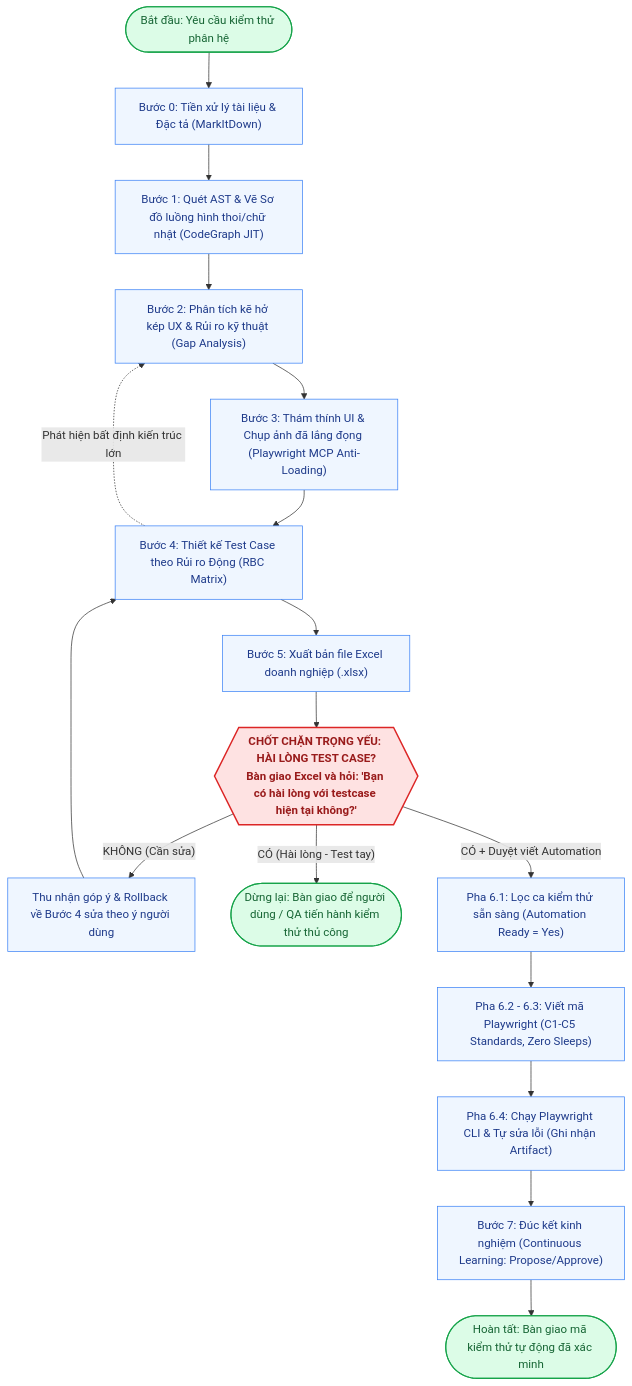
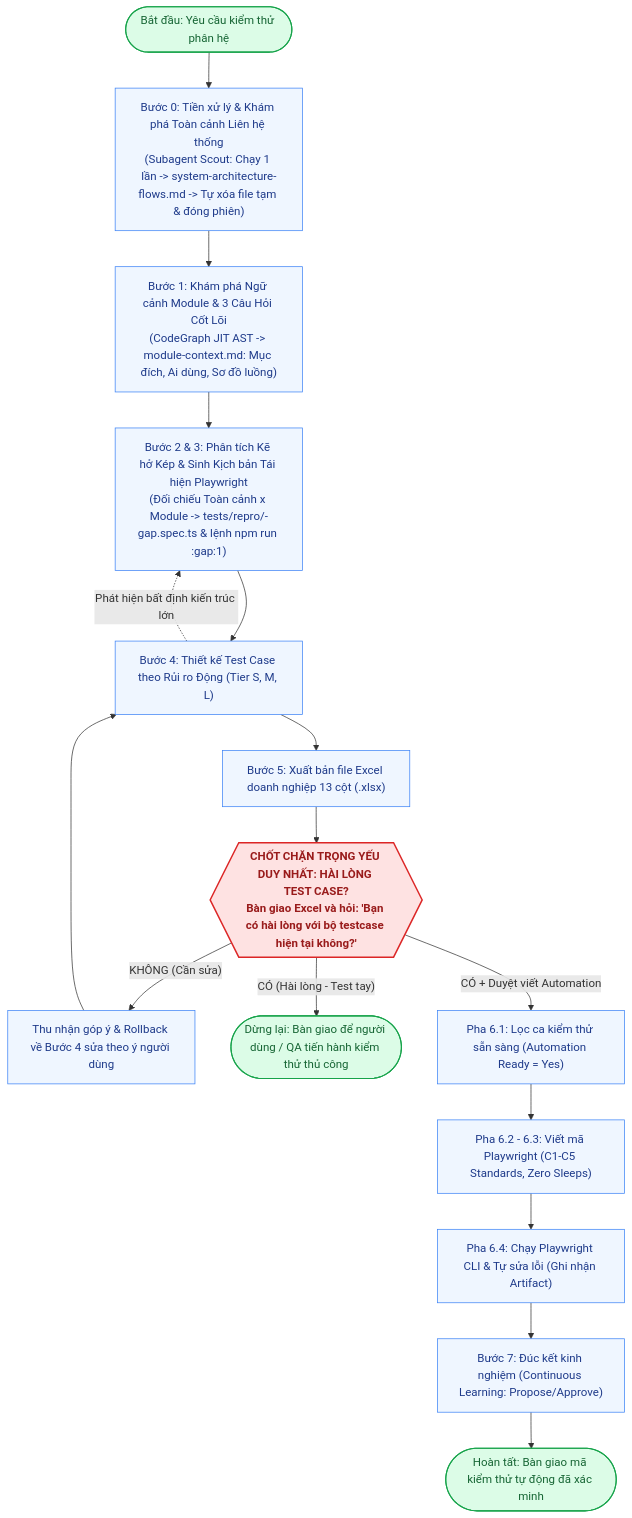
Before and after one commit to Dang-nhut-tan/QA-skill: the diagram in README.md, drawn with Mermaid.

Commit message:
docs(readme): update core workflow diagram reflecting subagent step 0 and 1-click reproduction

````diff
--- a/README.md
+++ b/README.md
@@ -73,32 +73,32 @@
 ```mermaid
 flowchart TD
-    Start(["Bắt đầu: Yêu cầu kiểm thử phân hệ"]) --> S0["Bước 0: Tiền xử lý tài liệu & Đặc tả (MarkItDown)"]
-    S0 --> S1["Bước 1: Quét AST & Vẽ Sơ đồ luồng hình thoi/chữ nhật (CodeGraph JIT)"]
-    S1 --> S2["Bước 2: Phân tích kẽ hở kép UX & Rủi ro kỹ thuật (Gap Analysis)"]
-    S2 --> S3["Bước 3: Thám thính UI & Chụp ảnh đã lắng đọng (Playwright MCP Anti-Loading)"]
+    Start(["Bắt đầu: Yêu cầu kiểm thử phân hệ"]) --> S0["Bước 0: Tiền xử lý & Khám phá Toàn cảnh Liên hệ thống<br/>(Subagent Scout: Chạy 1 lần -> system-architecture-flows.md -> Tự xóa file tạm & đóng phiên)"]
     
-    S3 --> S4["Bước 4: Thiết kế Test Case theo Rủi ro Động (RBC Matrix)"]
+    S0 --> S1["Bước 1: Khám phá Ngữ cảnh Module & 3 Câu Hỏi Cốt Lõi<br/>(CodeGraph JIT AST -> module-context.md: Mục đích, Ai dùng, Sơ đồ luồng)"]
+    
+    S1 --> S2["Bước 2 & 3: Phân tích Kẽ hở Kép & Sinh Kịch bản Tái hiện Playwright<br/>(Đối chiếu Toàn cảnh x Module -> tests/repro/<module>-gap.spec.ts & lệnh npm run <module>:gap:1)"]
+    
+    S2 --> S4["Bước 4: Thiết kế Test Case theo Rủi ro Động (Tier S, M, L)"]
     S4 -. "Phát hiện bất định kiến trúc lớn" .-> S2
-    S4 --> S5["Bước 5: Xuất bản file Excel doanh nghiệp (.xlsx)"]
+    S4 --> S5["Bước 5: Xuất bản file Excel doanh nghiệp 13 cột (.xlsx)"]
     
-    S5 --> GateReview{{"CHỐT CHẶN TRỌNG YẾU: HÀI LÒNG TEST CASE?
-Bàn giao Excel và hỏi: 'Bạn có hài lòng với testcase hiện tại không?'"}}
+    S5 --> GateReview{{"CHỐT CHẶN TRỌNG YẾU DUY NHẤT: HÀI LÒNG TEST CASE?<br/>Bàn giao Excel và hỏi: 'Bạn có hài lòng với bộ testcase hiện tại không?'"}}
     
     GateReview -- "KHÔNG (Cần sửa)" --> FixLoop["Thu nhận góp ý & Rollback về Bước 4 sửa theo ý người dùng"]
     FixLoop --> S4
     
     GateReview -- "CÓ (Hài lòng - Test tay)" --> WaitManual(["Dừng lại: Bàn giao để người dùng / QA tiến hành kiểm thử thủ công"])
     
     GateReview -- "CÓ + Duyệt viết Automation" --> S61["Pha 6.1: Lọc ca kiểm thử sẵn sàng (Automation Ready = Yes)"]
     S61 --> S62["Pha 6.2 - 6.3: Viết mã Playwright (C1-C5 Standards, Zero Sleeps)"]
     S62 --> S64["Pha 6.4: Chạy Playwright CLI & Tự sửa lỗi (Ghi nhận Artifact)"]
     S64 --> S7["Bước 7: Đúc kết kinh nghiệm (Continuous Learning: Propose/Approve)"]
     S7 --> EndNode(["Hoàn tất: Bàn giao mã kiểm thử tự động đã xác minh"])
 
     classDef stop fill:#FEE2E2,stroke:#DC2626,stroke-width:2px,color:#991B1B,font-weight:bold;
     classDef step fill:#EFF6FF,stroke:#3B82F6,stroke-width:1px,color:#1E3A8A;
     classDef done fill:#DCFCE7,stroke:#16A34A,stroke-width:1.5px,color:#166534;
     class GateReview stop;
-    class S0,S1,S2,S3,S4,S5,FixLoop,S61,S62,S64,S7 step;
+    class S0,S1,S2,S4,S5,FixLoop,S61,S62,S64,S7 step;
     class Start,WaitManual,EndNode done;
 ```
````
